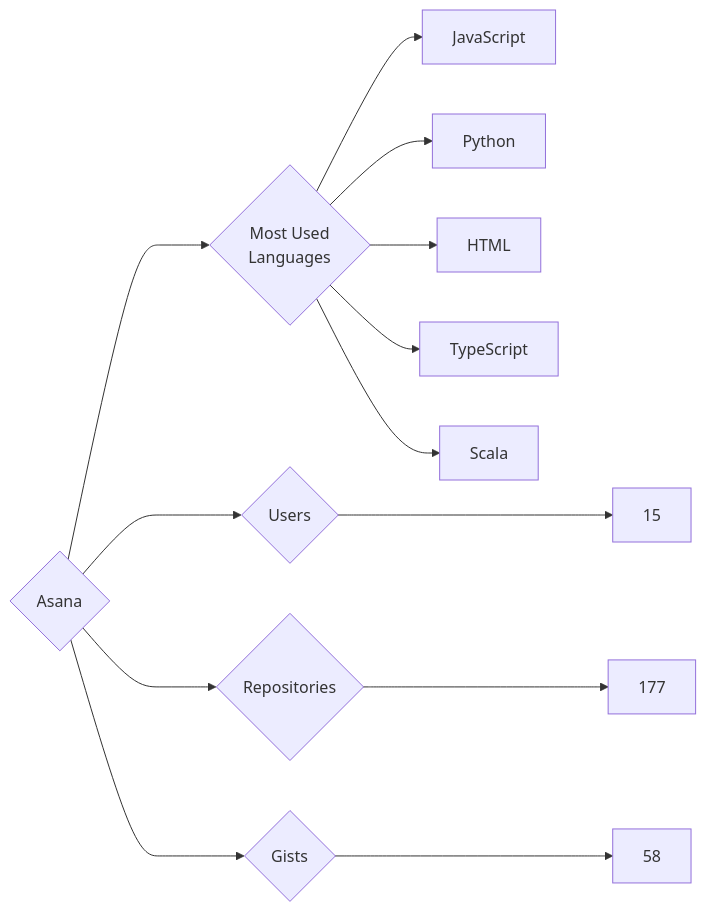
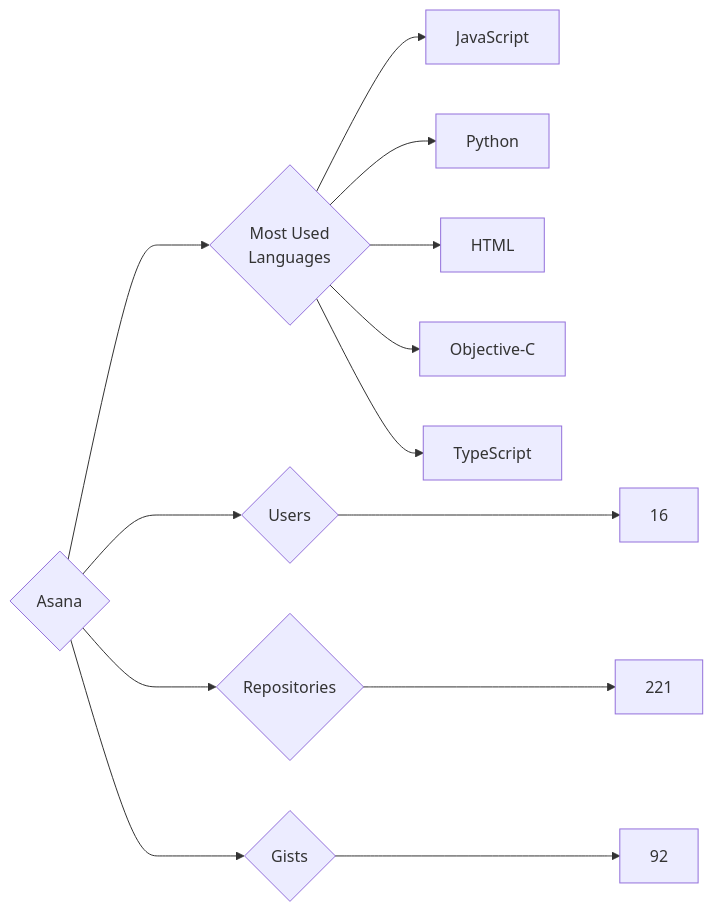
One commit to trickest/insiders changed the diagram in targets/Asana/README.md. Above: the diagram before and after it, drawn with Mermaid. The commit also changed 860 other files, not shown here.

````diff
--- a/targets/Asana/README.md
+++ b/targets/Asana/README.md
@@ -3,13 +3,13 @@
 ```mermaid
 graph LR
 COMPANY_NAME{Asana}
-COMPANY_NAME ---> U{Users} ---> UN[15]
-COMPANY_NAME ---> R{Repositories} ---> RN[177]
-COMPANY_NAME ---> G{Gists} ---> GN[58]
+COMPANY_NAME ---> U{Users} ---> UN[16]
+COMPANY_NAME ---> R{Repositories} ---> RN[221]
+COMPANY_NAME ---> G{Gists} ---> GN[92]
 COMPANY_NAME ---> ML{Most Used<br>Languages}
 ML --> JavaScript[JavaScript]
 ML --> Python[Python]
 ML --> HTML[HTML]
+ML --> Objective-C[Objective-C]
 ML --> TypeScript[TypeScript]
-ML --> Scala[Scala]
 ```
````
